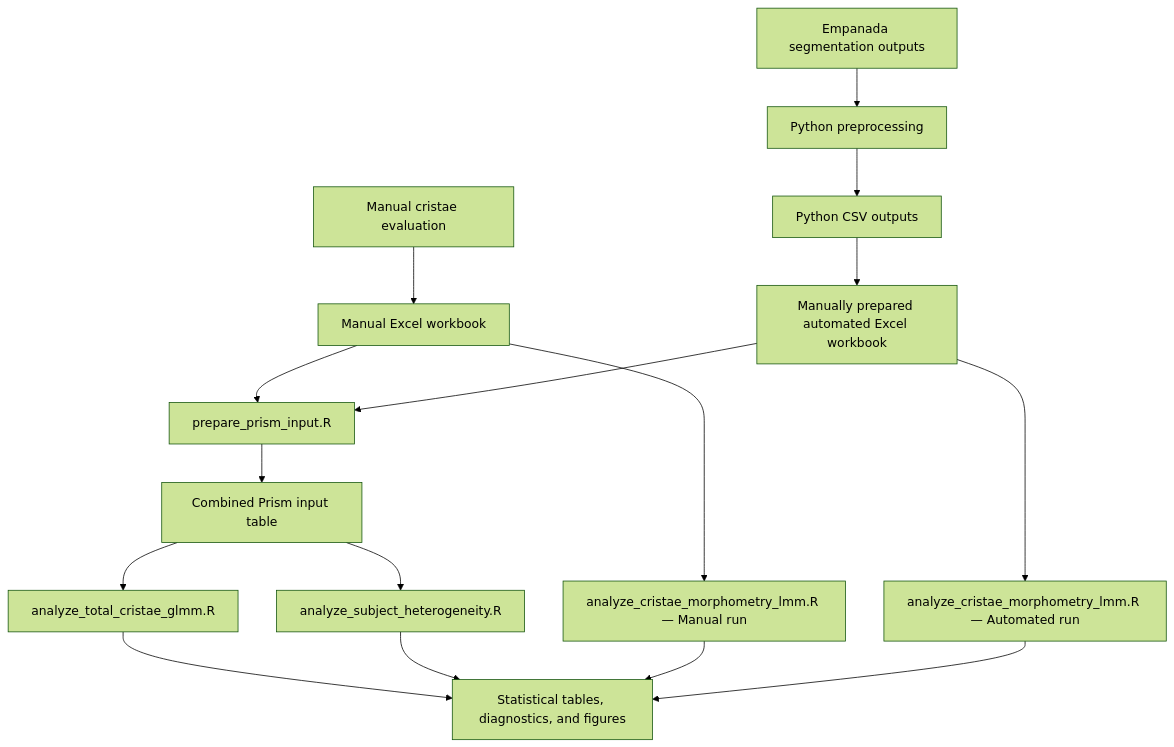
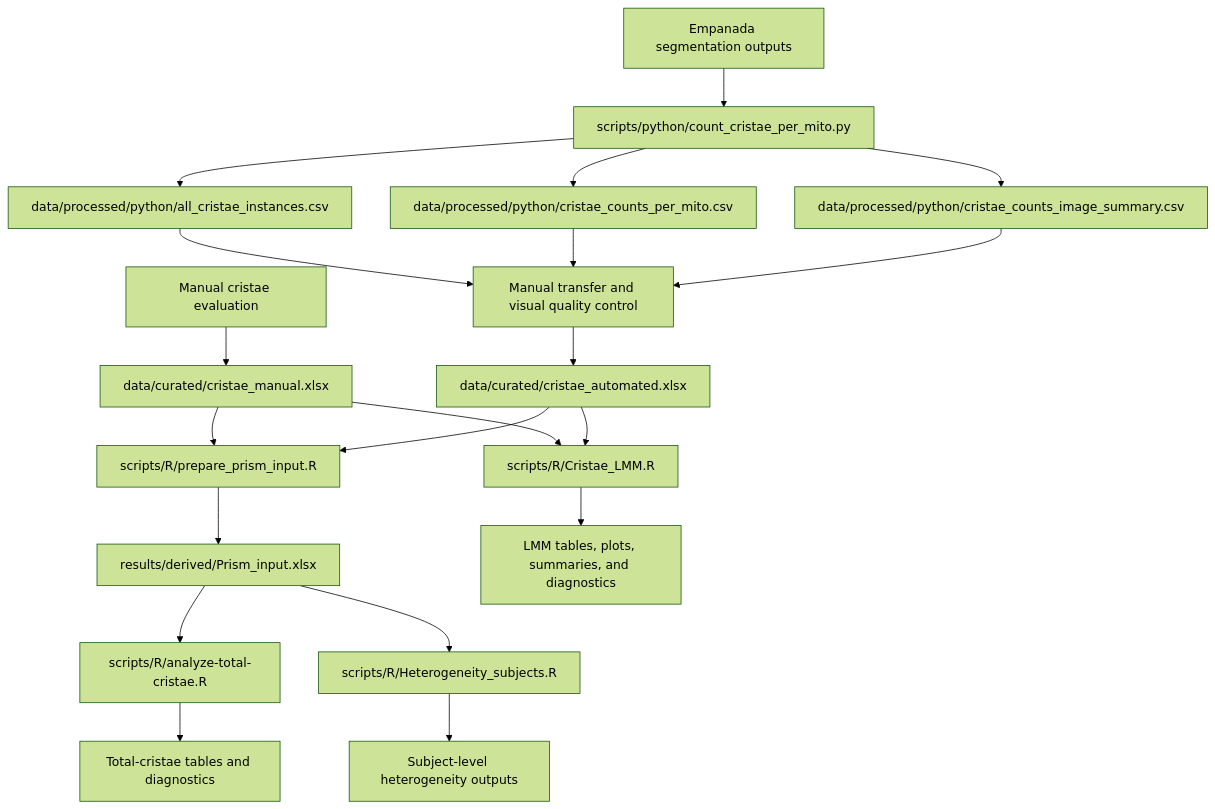
One commit to nikolvolfova-web/Mitochondrial-Ultrastructure-Analysis changed the diagram in README.md. Above: the diagram before and after it, drawn with Mermaid (forest theme). The commit also changed other lines of this file, not shown here.

````diff
--- a/README.md
+++ b/README.md
@@ -37,23 +50,28 @@
 ```mermaid
 flowchart TD
-    M1["Manual cristae evaluation"] --> M2["Manual Excel workbook"]
+    M1["Manual cristae evaluation"] --> M2["data/curated/cristae_manual.xlsx"]
 
-    E1["Empanada segmentation outputs"] --> P["Python preprocessing"]
-    P --> C["Python CSV outputs"]
-    C --> A["Manually prepared automated Excel workbook"]
+    E1["Empanada segmentation outputs"] --> P["scripts/python/count_cristae_per_mito.py"]
+    P --> C1["data/processed/python/all_cristae_instances.csv"]
+    P --> C2["data/processed/python/cristae_counts_per_mito.csv"]
+    P --> C3["data/processed/python/cristae_counts_image_summary.csv"]
 
-    M2 --> PI["prepare_prism_input.R"]
+    C1 --> Q["Manual transfer and visual quality control"]
+    C2 --> Q
+    C3 --> Q
+    Q --> A["data/curated/cristae_automated.xlsx"]
+
+    M2 --> PI["scripts/R/prepare_prism_input.R"]
     A --> PI
-    PI --> PT["Combined Prism input table"]
+    PI --> PT["results/derived/Prism_input.xlsx"]
 
-    PT --> T["analyze_total_cristae_glmm.R"]
-    PT --> H["analyze_subject_heterogeneity.R"]
+    PT --> T["scripts/R/analyze-total-cristae.R"]
+    PT --> H["scripts/R/Heterogeneity_subjects.R"]
 
-    M2 --> LM["analyze_cristae_morphometry_lmm.R — Manual run"]
-    A --> LA["analyze_cristae_morphometry_lmm.R — Automated run"]
+    M2 --> LMM["scripts/R/Cristae_LMM.R"]
+    A --> LMM
 
-    T --> O["Statistical tables, diagnostics, and figures"]
-    H --> O
-    LM --> O
-    LA --> O
+    T --> O1["Total-cristae tables and diagnostics"]
+    H --> O2["Subject-level heterogeneity outputs"]
+    LMM --> O3["LMM tables, plots, summaries, and diagnostics"]
 ```
````
